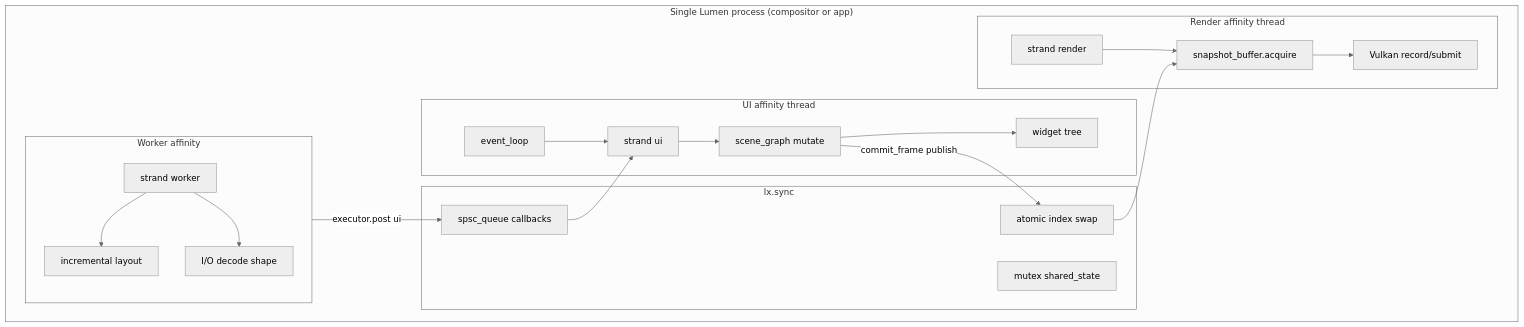
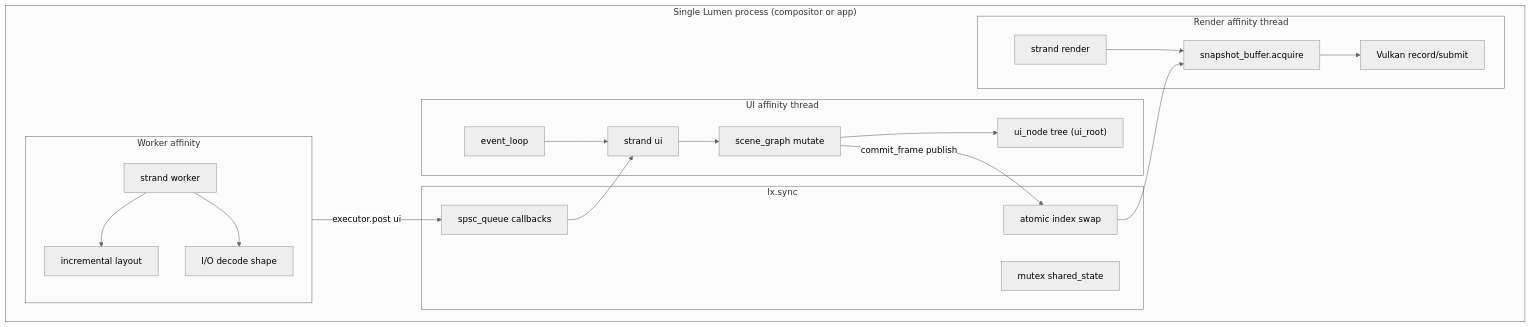
The diagram in docs/uml/22-thread-model.mmd (dimmus/lumen), drawn with Mermaid (neutral theme) before and after one commit. The commit also changed 34 other files, not shown here.

```diff
--- a/docs/uml/22-thread-model.mmd
+++ b/docs/uml/22-thread-model.mmd
@@ -1,37 +1,37 @@
 flowchart TB
     subgraph Process["Single Lumen process (compositor or app)"]
         subgraph UIThread["UI affinity thread"]
             EL["event_loop"]
             STRAND_UI["strand ui"]
             SCENE_MUT["scene_graph mutate"]
-            WIDGETS["widget tree"]
+            UITREE["ui_node tree (ui_root)"]
             EL --> STRAND_UI
-            STRAND_UI --> SCENE_MUT --> WIDGETS
+            STRAND_UI --> SCENE_MUT --> UITREE
         end
 
         subgraph RenderThread["Render affinity thread"]
             STRAND_R["strand render"]
             SNAP_READ["snapshot_buffer.acquire"]
             VK["Vulkan record/submit"]
             STRAND_R --> SNAP_READ --> VK
         end
 
         subgraph WorkerPool["Worker affinity"]
             STRAND_W["strand worker"]
             LAYOUT["incremental layout"]
             IO["I/O decode shape"]
             STRAND_W --> LAYOUT
             STRAND_W --> IO
         end
 
         subgraph Sync["lx.sync"]
             SPSC["spsc_queue callbacks"]
             ATOMIC["atomic index swap"]
             MUTEX["mutex shared_state"]
         end
     end
 
     SCENE_MUT -->|"commit_frame publish"| ATOMIC
     ATOMIC --> SNAP_READ
     WorkerPool -->|"executor.post ui"| SPSC
     SPSC --> STRAND_UI
```
